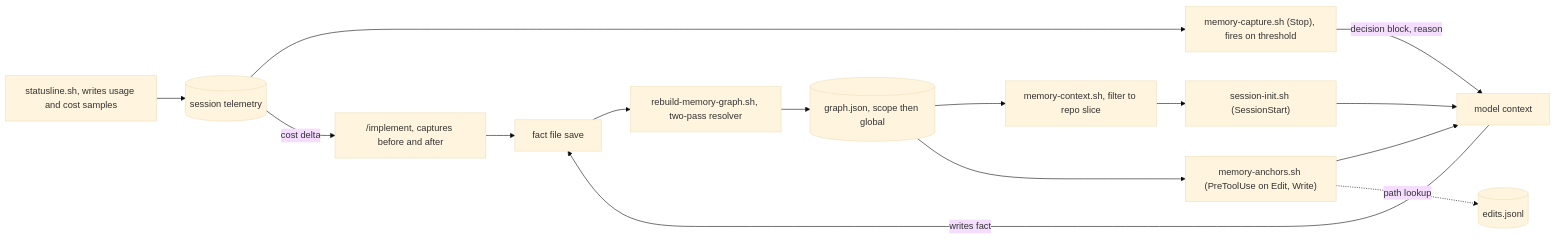
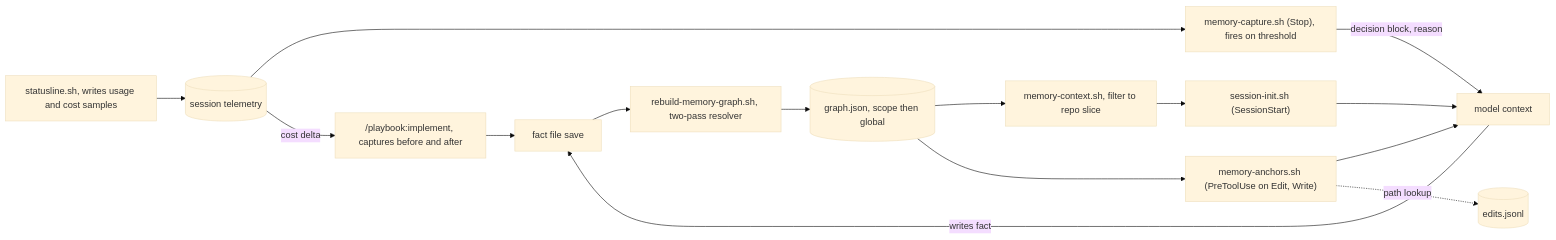
Before and after one commit to pragmatic-engineer/playbook: the second of 3 diagrams in docs/adr/0004-graph-first-memory.md, drawn with Mermaid (base theme). The commit also changed other lines of this file and 48 other files, not shown here.

````diff
--- a/docs/adr/0004-graph-first-memory.md
+++ b/docs/adr/0004-graph-first-memory.md
@@ -141,25 +141,25 @@
 ```mermaid
 flowchart LR
   FACT["fact file save"]
   RG["rebuild-memory-graph.sh, two-pass resolver"]
   GJ[("graph.json, scope then global")]
   MC["memory-context.sh, filter to repo slice"]
   SI["session-init.sh (SessionStart)"]
   CLAUDE["model context"]
   ANCH["memory-anchors.sh (PreToolUse on Edit, Write)"]
   EJ[("edits.jsonl")]
   SL["statusline.sh, writes usage and cost samples"]
   TEL[("session telemetry")]
   STOP["memory-capture.sh (Stop), fires on threshold"]
-  IMPL["/implement, captures before and after"]
+  IMPL["/playbook:implement, captures before and after"]
 
   FACT --> RG --> GJ
   GJ --> MC --> SI --> CLAUDE
   GJ --> ANCH --> CLAUDE
   ANCH -.->|path lookup| EJ
   SL --> TEL --> STOP
   STOP -->|decision block, reason| CLAUDE
   CLAUDE -->|writes fact| FACT
   IMPL --> FACT
   TEL -->|cost delta| IMPL
 ```
````
